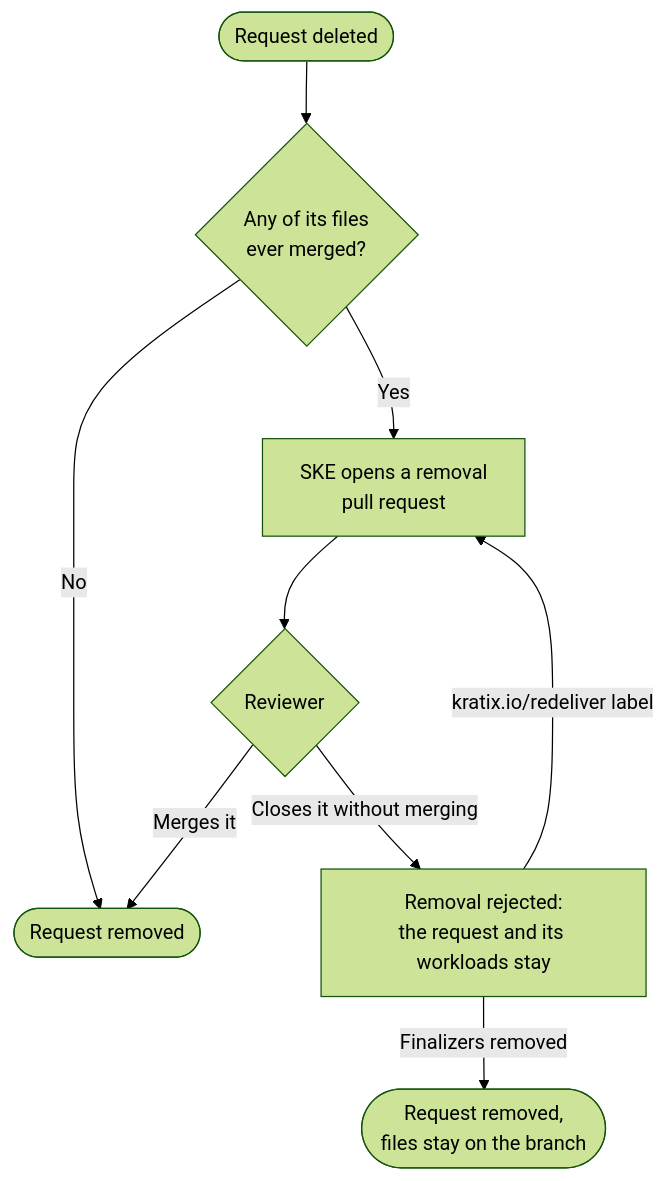
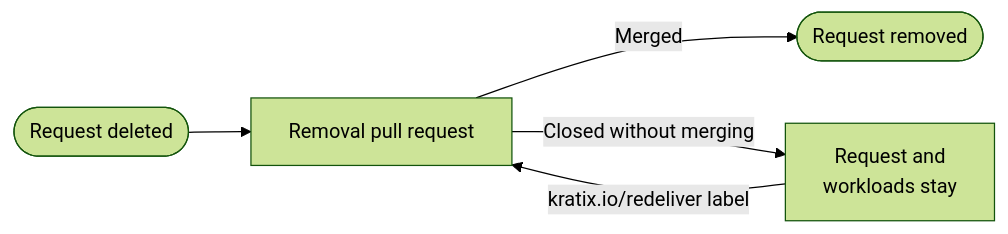
Before and after one commit to syntasso/kratix-docs: the diagram in docs/ske/07-reference/07-pull-request-delivery.md, drawn with Mermaid (forest theme). The commit also changed other lines of this file, not shown here.

Commit message:
docs(ske): simplify the deletion flowchart and lay it out left to right

````diff
--- a/docs/ske/07-reference/07-pull-request-delivery.md
+++ b/docs/ske/07-reference/07-pull-request-delivery.md
@@ -165,19 +165,12 @@
 ```mermaid
-flowchart TB
+flowchart LR
     deleted([Request deleted])
-    everMerged{"Any of its files<br/>ever merged?"}
-    removal["SKE opens a removal<br/>pull request"]
-    review{Reviewer}
-    rejected["Removal rejected:<br/>the request and its workloads stay"]
+    removal[Removal pull request]
     removed([Request removed])
-    filesKept([Request removed,<br/>files stay on the branch])
+    rejected[Request and<br/>workloads stay]
 
-    deleted --> everMerged
-    everMerged -->|No| removed
-    everMerged -->|Yes| removal
-    removal --> review
-    review -->|Merges it| removed
-    review -->|Closes it without merging| rejected
+    deleted --> removal
+    removal -->|Merged| removed
+    removal -->|Closed without merging| rejected
     rejected -->|"kratix.io/redeliver label"| removal
-    rejected -->|Finalizers removed| filesKept
 ```
````
